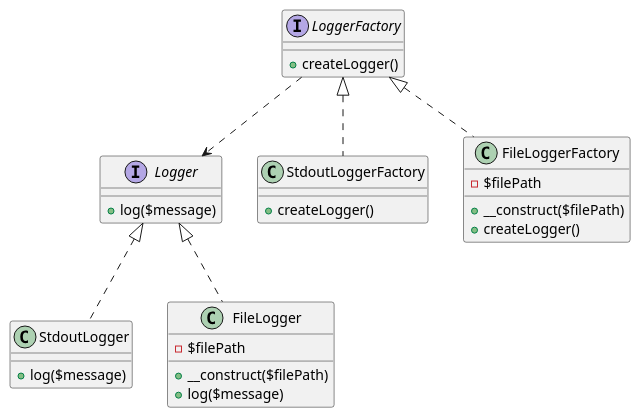
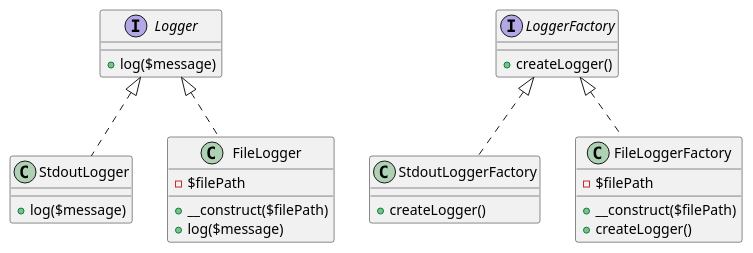
The diagram in Creational/FactoryMethod/FactoryMethod.puml (flashytime/DesignPatternsPHP), drawn with PlantUML before and after one commit. The commit also changed 5 other files, not shown here.

```diff
--- a/Creational/FactoryMethod/FactoryMethod.puml
+++ b/Creational/FactoryMethod/FactoryMethod.puml
@@ -1,36 +1,35 @@
 @startuml
 interface Logger {
     + log($message)
 }
 
 class StdoutLogger {
     + log($message)
 }
 
 class FileLogger {
     - $filePath
     + __construct($filePath)
     + log($message)
 }
 
 Logger <|.. StdoutLogger
 Logger <|.. FileLogger
 
 interface LoggerFactory {
     + createLogger()
 }
 
 class StdoutLoggerFactory {
     + createLogger()
 }
 
 class FileLoggerFactory {
     - $filePath
     + __construct($filePath)
     + createLogger()
 }
 
 LoggerFactory <|.. StdoutLoggerFactory
 LoggerFactory <|.. FileLoggerFactory
-LoggerFactory ..> Logger
 @enduml
```
